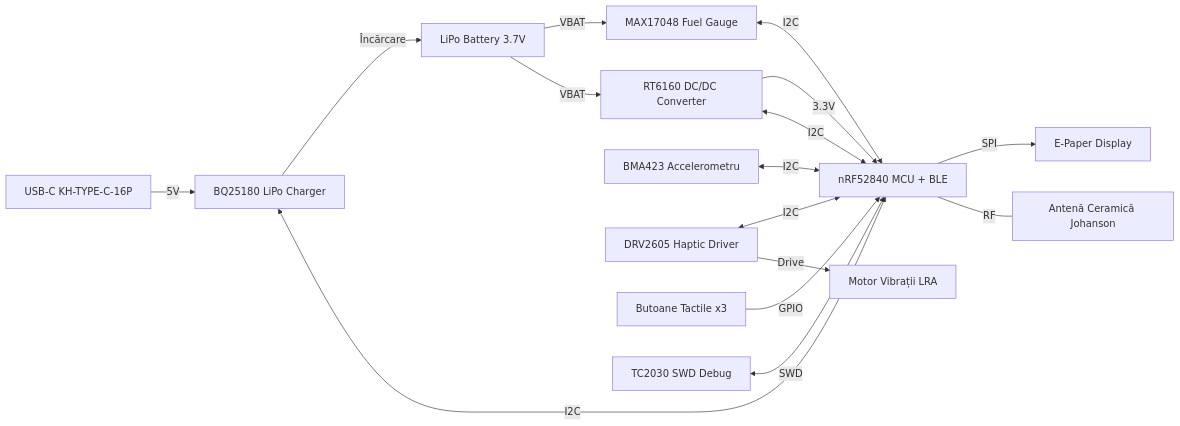
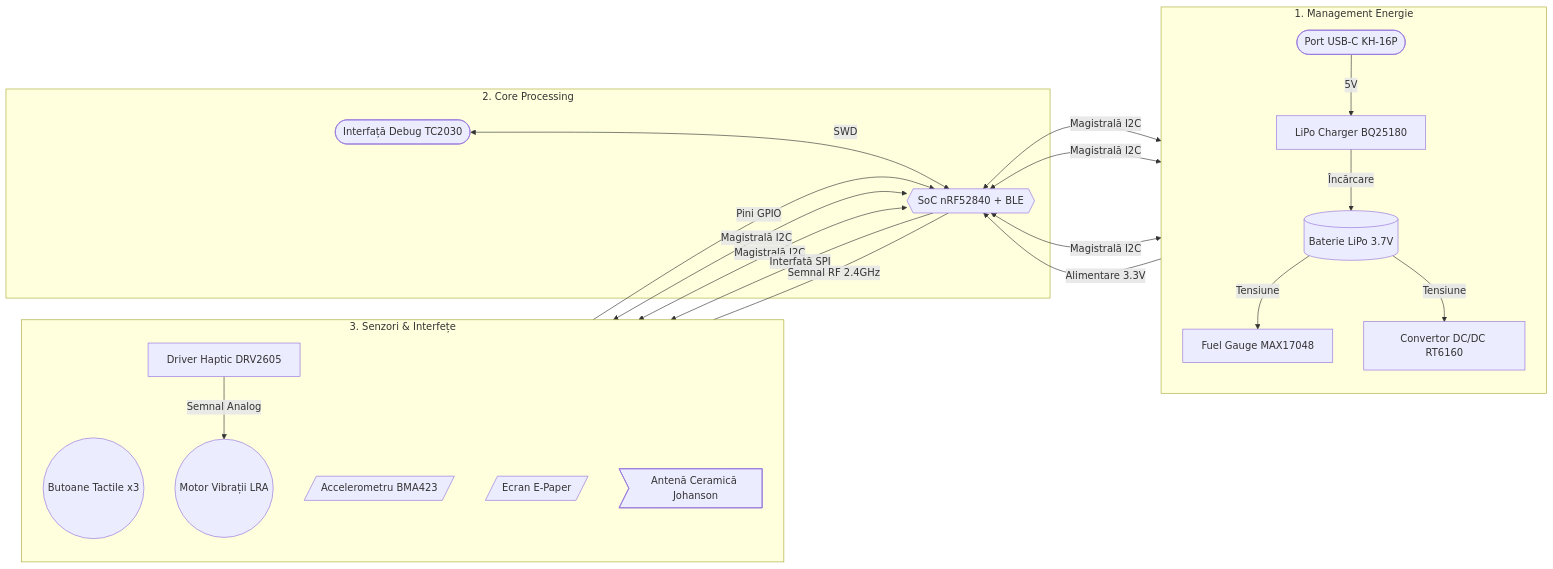
Before and after one commit to StafiTudor/proiectTSC: the diagram in README.md, drawn with Mermaid.

````diff
--- a/README.md
+++ b/README.md
@@ -10,27 +10,43 @@
 ```mermaid
-graph LR
-    %% Alimentare
-    USB[USB-C KH-TYPE-C-16P] -->|5V| BQ[BQ25180 LiPo Charger]
-    BQ -->|Încărcare| BAT[LiPo Battery 3.7V]
-    BAT -->|VBAT| MAX[MAX17048 Fuel Gauge]
-    BAT -->|VBAT| RT[RT6160 DC/DC Converter]
+flowchart LR
+    %% Setare grupuri vizuale (Subgrafe)
     
-    %% Conexiuni Power catre MCU
-    RT -->|3.3V| MCU[nRF52840 MCU + BLE]
+    subgraph Sistem_Alimentare [1. Management Energie]
+        direction TB
+        USB([Port USB-C KH-16P]) -->|5V| BQ[LiPo Charger BQ25180]
+        BQ -->|Încărcare| BAT[(Baterie LiPo 3.7V)]
+        BAT -->|Tensiune| MAX[Fuel Gauge MAX17048]
+        BAT -->|Tensiune| RT[Convertor DC/DC RT6160]
+    end
 
-    %% I2C Bus
-    BQ <-->|I2C| MCU
-    MAX <-->|I2C| MCU
-    RT <-->|I2C| MCU
-    IMU[BMA423 Accelerometru] <-->|I2C| MCU
-    HAPTIC[DRV2605 Haptic Driver] <-->|I2C| MCU
+    subgraph Procesare_Centrala [2. Core Processing]
+        MCU{{SoC nRF52840 + BLE}}
+        SWD([Interfață Debug TC2030]) <-->|SWD| MCU
+    end
 
-    %% Ieșiri Haptice
-    HAPTIC -->|Drive| MOT[Motor Vibrații LRA]
+    subgraph Periferice [3. Senzori & Interfețe]
+        direction TB
+        BTN((Butoane Tactile x3))
+        IMU[/Accelerometru BMA423/]
+        EPD[/Ecran E-Paper/]
+        HAPTIC[Driver Haptic DRV2605] -->|Semnal Analog| MOT((Motor Vibrații LRA))
+        ANT>Antenă Ceramică Johanson]
+    end
 
-    %% Alte interfețe
-    MCU -->|SPI| EPD[E-Paper Display]
-    MCU ---|RF| ANT[Antenă Ceramică Johanson]
-    BTN[Butoane Tactile x3] -->|GPIO| MCU
-    SWD[TC2030 SWD Debug] <-->|SWD| MCU
+    %% Legături de Alimentare (Power)
+    RT -->|Alimentare 3.3V| MCU
+
+    %% Legături Magistrala I2C (Catre Alimentare)
+    MCU <-->|Magistrală I2C| BQ
+    MCU <-->|Magistrală I2C| MAX
+    MCU <-->|Magistrală I2C| RT
+
+    %% Legături Magistrala I2C (Catre Periferice)
+    MCU <-->|Magistrală I2C| IMU
+    MCU <-->|Magistrală I2C| HAPTIC
+
+    %% Legături Specifice
+    MCU -->|Interfață SPI| EPD
+    MCU ---|Semnal RF 2.4GHz| ANT
+    BTN -->|Pini GPIO| MCU
 ```
````
